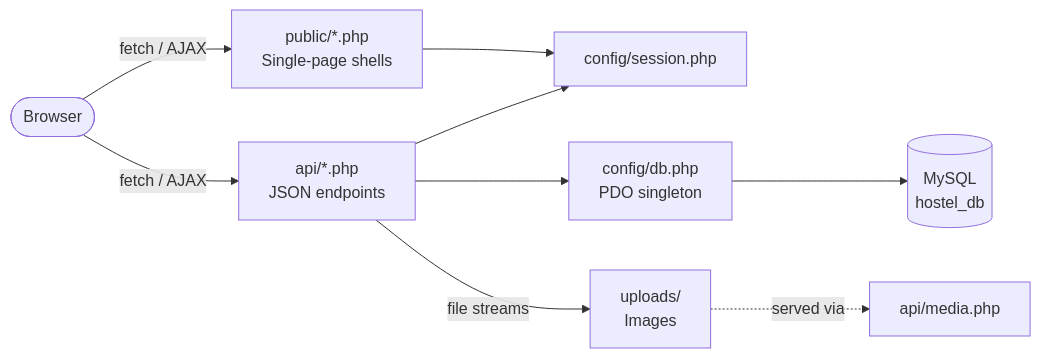
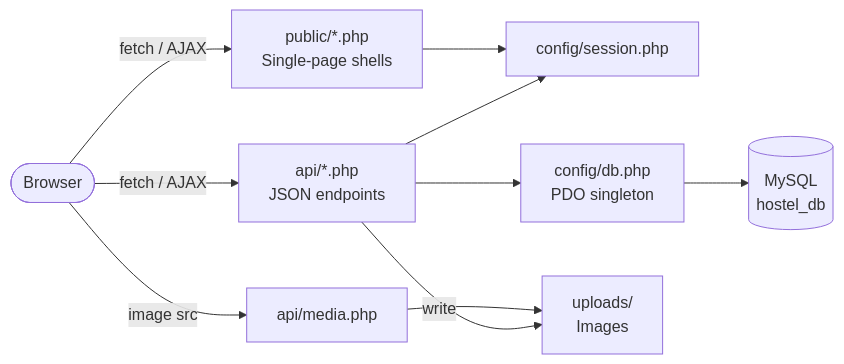
One commit to srivastavaamishka-glitch/Hostel-Management-System-IIIT-KOTA- changed the first of 3 diagrams in README.md. Above: the diagram before and after it, drawn with Mermaid. The commit also changed other lines of this file, not shown here.

````diff
--- a/README.md
+++ b/README.md
@@ -87,11 +94,12 @@
 ```mermaid
 flowchart LR
-    B([Browser]) -->|fetch / AJAX| P[public/*.php\nSingle-page shells]
-    B -->|fetch / AJAX| A[api/*.php\nJSON endpoints]
-    P --> S[config/session.php]
-    A --> D[config/db.php\nPDO singleton]
+    B([Browser]) -->|"fetch / AJAX"| P["public/*.php<br/>Single-page shells"]
+    B -->|"fetch / AJAX"| A["api/*.php<br/>JSON endpoints"]
+    P --> S["config/session.php"]
+    A --> D["config/db.php<br/>PDO singleton"]
     A --> S
-    D --> DB[(MySQL\nhostel_db)]
-    A -->|file streams| U[uploads/\nImages]
-    U -.->|served via| M[api/media.php]
+    D --> DB[("MySQL<br/>hostel_db")]
+    B -->|"image src"| M["api/media.php"]
+    M --> U["uploads/<br/>Images"]
+    A -->|"write"| U
 ```
````
